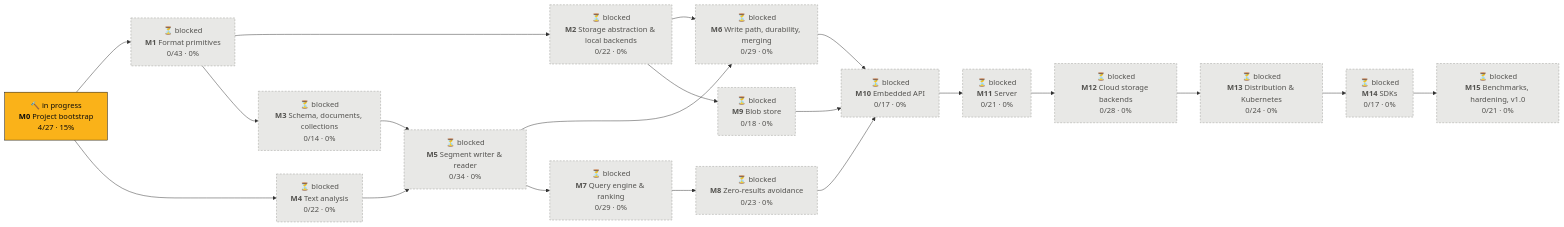
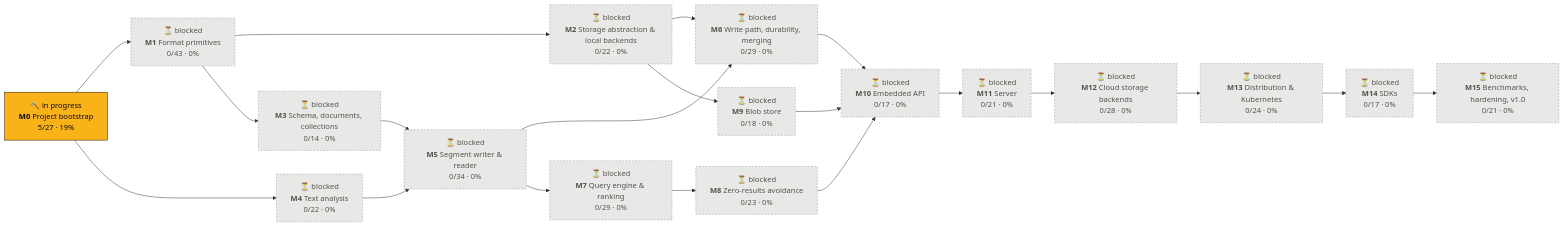
Before and after one commit to tomiok/persiaDB: the first of 2 diagrams in PROGRESS.md, drawn with Mermaid. The commit also changed other lines of this file and 4 other files, not shown here.

````diff
--- a/PROGRESS.md
+++ b/PROGRESS.md
@@ -14,42 +14,42 @@
 ```mermaid
 flowchart LR
-  M0["🔨 in progress<br/><b>M0</b> Project bootstrap<br/>4/27 · 15%"]:::doing
+  M0["🔨 in progress<br/><b>M0</b> Project bootstrap<br/>5/27 · 19%"]:::doing
   M1["⏳ blocked<br/><b>M1</b> Format primitives<br/>0/43 · 0%"]:::blocked
   M2["⏳ blocked<br/><b>M2</b> Storage abstraction & local backends<br/>0/22 · 0%"]:::blocked
   M3["⏳ blocked<br/><b>M3</b> Schema, documents, collections<br/>0/14 · 0%"]:::blocked
   M4["⏳ blocked<br/><b>M4</b> Text analysis<br/>0/22 · 0%"]:::blocked
   M5["⏳ blocked<br/><b>M5</b> Segment writer & reader<br/>0/34 · 0%"]:::blocked
   M6["⏳ blocked<br/><b>M6</b> Write path, durability, merging<br/>0/29 · 0%"]:::blocked
   M7["⏳ blocked<br/><b>M7</b> Query engine & ranking<br/>0/29 · 0%"]:::blocked
   M8["⏳ blocked<br/><b>M8</b> Zero-results avoidance<br/>0/23 · 0%"]:::blocked
   M9["⏳ blocked<br/><b>M9</b> Blob store<br/>0/18 · 0%"]:::blocked
   M10["⏳ blocked<br/><b>M10</b> Embedded API<br/>0/17 · 0%"]:::blocked
   M11["⏳ blocked<br/><b>M11</b> Server<br/>0/21 · 0%"]:::blocked
   M12["⏳ blocked<br/><b>M12</b> Cloud storage backends<br/>0/28 · 0%"]:::blocked
   M13["⏳ blocked<br/><b>M13</b> Distribution & Kubernetes<br/>0/24 · 0%"]:::blocked
   M14["⏳ blocked<br/><b>M14</b> SDKs<br/>0/17 · 0%"]:::blocked
   M15["⏳ blocked<br/><b>M15</b> Benchmarks, hardening, v1.0<br/>0/21 · 0%"]:::blocked
   M0 --> M1
   M1 --> M2
   M1 --> M3
   M0 --> M4
   M3 --> M5
   M4 --> M5
   M2 --> M6
   M5 --> M6
   M5 --> M7
   M7 --> M8
   M2 --> M9
   M6 --> M10
   M8 --> M10
   M9 --> M10
   M10 --> M11
   M11 --> M12
   M12 --> M13
   M13 --> M14
   M14 --> M15
   classDef done fill:#0ca30c,stroke:#0b0b0b,color:#0b0b0b
   classDef doing fill:#fab219,stroke:#0b0b0b,color:#0b0b0b
   classDef ready fill:#fcfcfb,stroke:#0b0b0b,stroke-width:2px,color:#0b0b0b
   classDef blocked fill:#e8e8e6,stroke:#9a9a96,stroke-dasharray:4 3,color:#52514e
 ```
````
